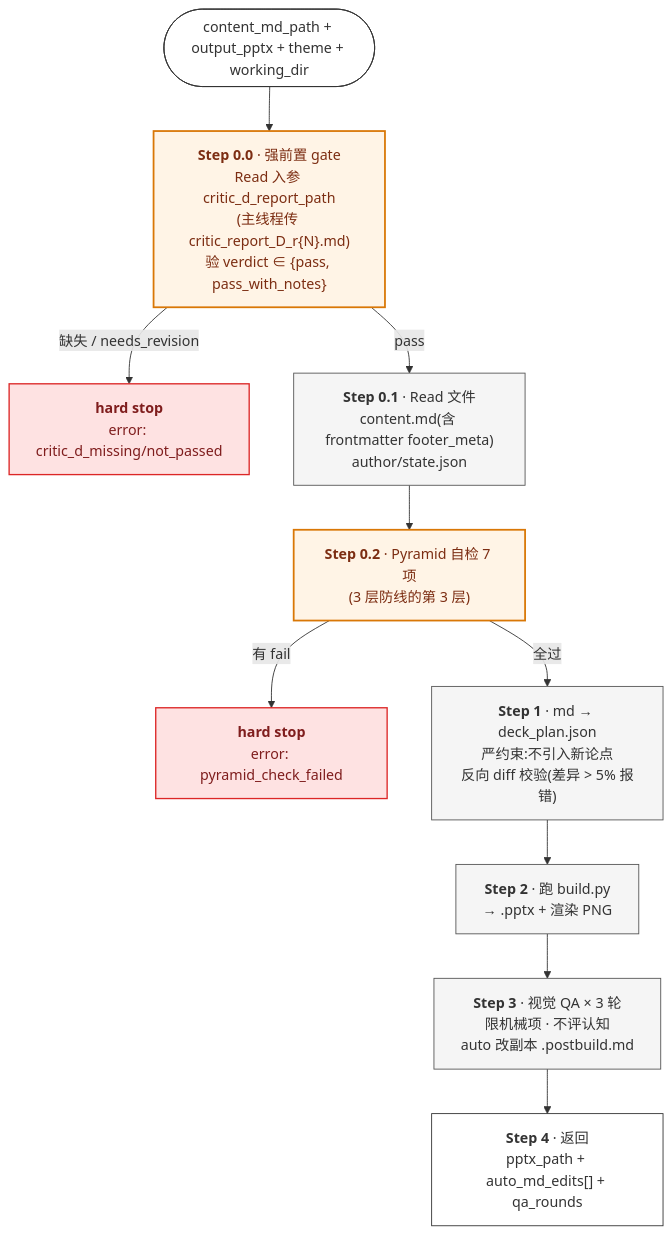
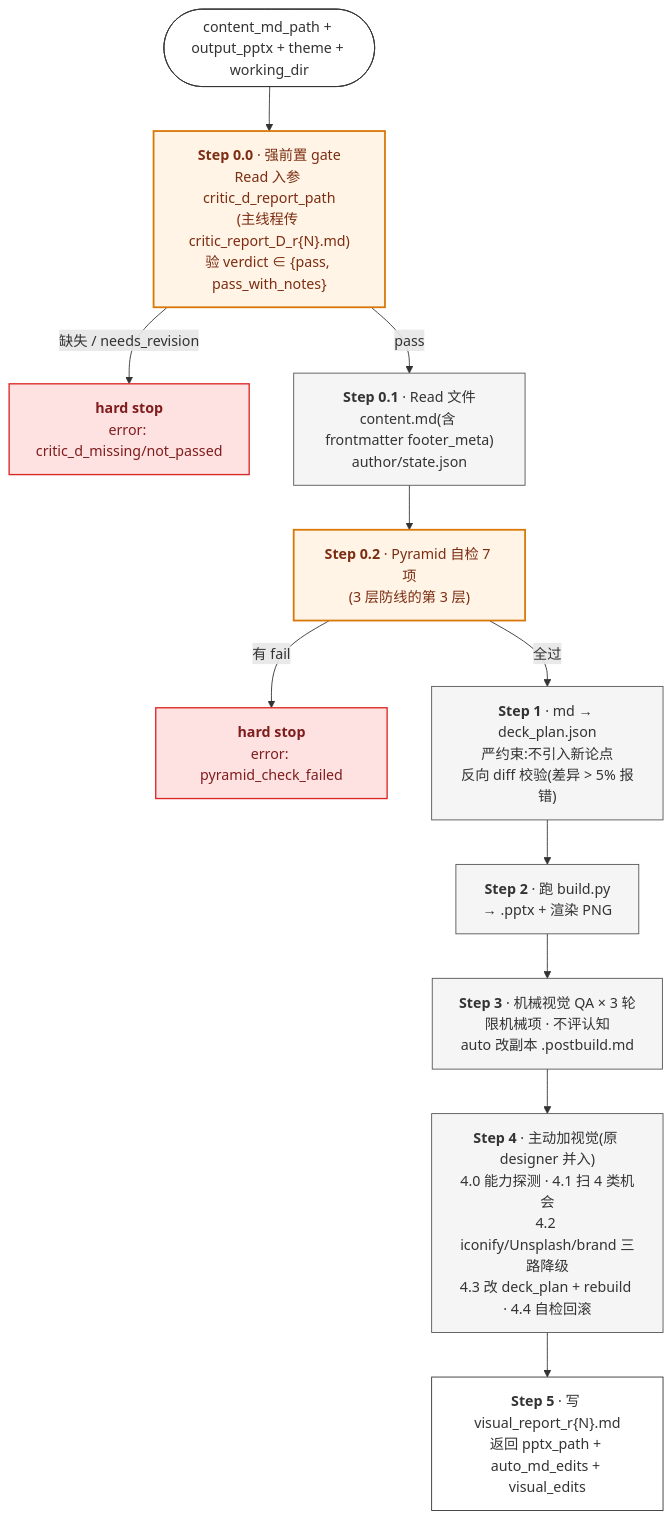
One commit to pcliangx/iLovePPT changed the fifth of 11 diagrams in docs/agent-internals.zh.md. Above: the diagram before and after it, drawn with Mermaid. The commit also changed other lines of this file and 8 other files, not shown here.

````diff
--- a/docs/agent-internals.zh.md
+++ b/docs/agent-internals.zh.md
@@ -292,25 +288,26 @@
 ```mermaid
 flowchart TB
     I([content_md_path + output_pptx + theme + working_dir]) --> S00
     S00["<b>Step 0.0</b> · 强前置 gate<br/>Read 入参 critic_d_report_path<br/>(主线程传 critic_report_D_r{N}.md)<br/>验 verdict ∈ {pass, pass_with_notes}"]
     S00 -->|缺失 / needs_revision| HS0["<b>hard stop</b><br/>error: critic_d_missing/not_passed"]
     S00 -->|pass| S01
     S01["<b>Step 0.1</b> · Read 文件<br/>content.md(含 frontmatter footer_meta)<br/>author/state.json"] --> S02
     S02["<b>Step 0.2</b> · Pyramid 自检 7 项<br/>(3 层防线的第 3 层)"]
     S02 -->|有 fail| HS2["<b>hard stop</b><br/>error: pyramid_check_failed"]
     S02 -->|全过| S1
     S1["<b>Step 1</b> · md → deck_plan.json<br/>严约束:不引入新论点<br/>反向 diff 校验(差异 > 5% 报错)"]
     S1 --> S2["<b>Step 2</b> · 跑 build.py<br/>→ .pptx + 渲染 PNG"]
-    S2 --> S3["<b>Step 3</b> · 视觉 QA × 3 轮<br/>限机械项 · 不评认知<br/>auto 改副本 .postbuild.md"]
-    S3 --> S4["<b>Step 4</b> · 返回<br/>pptx_path + auto_md_edits[] + qa_rounds"]
+    S2 --> S3["<b>Step 3</b> · 机械视觉 QA × 3 轮<br/>限机械项 · 不评认知<br/>auto 改副本 .postbuild.md"]
+    S3 --> S4["<b>Step 4</b> · 主动加视觉(原 designer 并入)<br/>4.0 能力探测 · 4.1 扫 4 类机会<br/>4.2 iconify/Unsplash/brand 三路降级<br/>4.3 改 deck_plan + rebuild · 4.4 自检回滚"]
+    S4 --> S5["<b>Step 5</b> · 写 visual_report_r{N}.md<br/>返回 pptx_path + auto_md_edits + visual_edits"]
 
     classDef io fill:#FFF,stroke:#333
     classDef step fill:#F5F5F5,stroke:#555
     classDef gate fill:#FFF4E6,stroke:#D97706,stroke-width:2px,color:#7C2D12
     classDef fail fill:#FEE2E2,stroke:#DC2626,stroke-width:1.5px,color:#7F1D1D
 
-    class I,S4 io
-    class S01,S1,S2,S3 step
+    class I,S5 io
+    class S01,S1,S2,S3,S4 step
     class S00,S02 gate
     class HS0,HS2 fail
 ```
````
